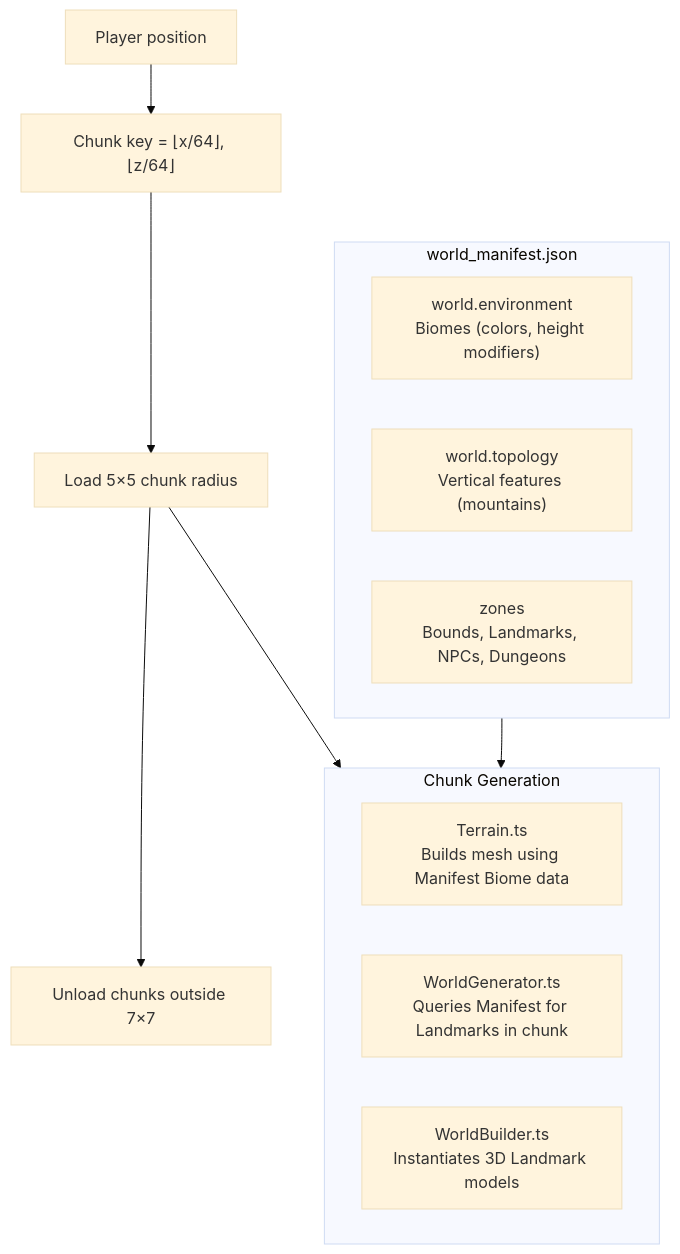
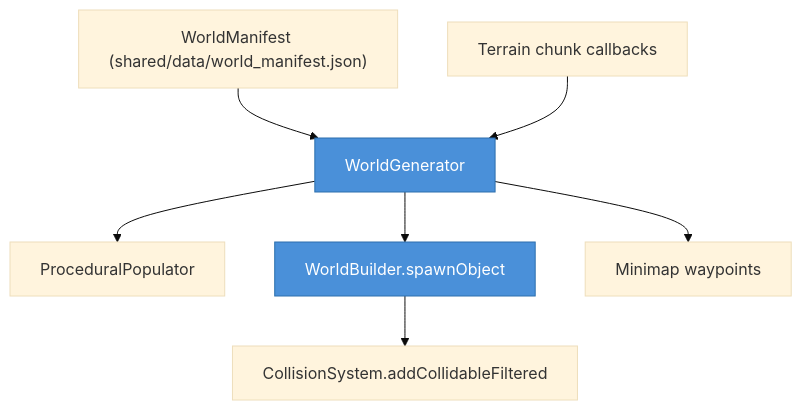
The fifth of 7 diagrams in client/ARCHITECTURE.md (Zaexv/world-of-prompcraft), drawn with Mermaid (base theme) before and after one commit. The commit also changed other lines of this file and 2 other files, not shown here.

Commit message:
docs(architecture): update client/server architecture docs

````diff
--- a/client/ARCHITECTURE.md
+++ b/client/ARCHITECTURE.md
@@ -131,24 +168,20 @@
 ```mermaid
 flowchart TD
-    POS["Player position"]
-    CK["Chunk key = ⌊x/64⌋, ⌊z/64⌋"]
-    LOAD["Load 5×5 chunk radius"]
-    UNLOAD["Unload chunks outside 7×7"]
+    WM["WorldManifest (shared/data/world_manifest.json)"]
+    TER["Terrain chunk callbacks"]
+    WG["WorldGenerator"]
+    PP["ProceduralPopulator"]
+    WB["WorldBuilder.spawnObject"]
+    CS["CollisionSystem.addCollidableFiltered"]
+    MM["Minimap waypoints"]
 
-    subgraph Manifest["world_manifest.json"]
-        MEnv["world.environment\nBiomes (colors, height modifiers)"]
-        MTop["world.topology\nVertical features (mountains)"]
-        MZones["zones\nBounds, Landmarks, NPCs, Dungeons"]
-    end
+    WM --> WG
+    TER --> WG
+    WG --> PP
+    WG --> WB
+    WB --> CS
+    WG --> MM
 
-    subgraph Generation["Chunk Generation"]
-        TR["Terrain.ts\nBuilds mesh using Manifest Biome data"]
-        WG["WorldGenerator.ts\nQueries Manifest for Landmarks in chunk"]
-        WB["WorldBuilder.ts\nInstantiates 3D Landmark models"]
-    end
-
-    POS --> CK --> LOAD
-    LOAD --> Generation
-    Manifest --> Generation
-    LOAD --> UNLOAD
+    style WG fill:#4a90d9,color:#fff,stroke:#2c6fad
+    style WB fill:#4a90d9,color:#fff,stroke:#2c6fad
 ```
````
